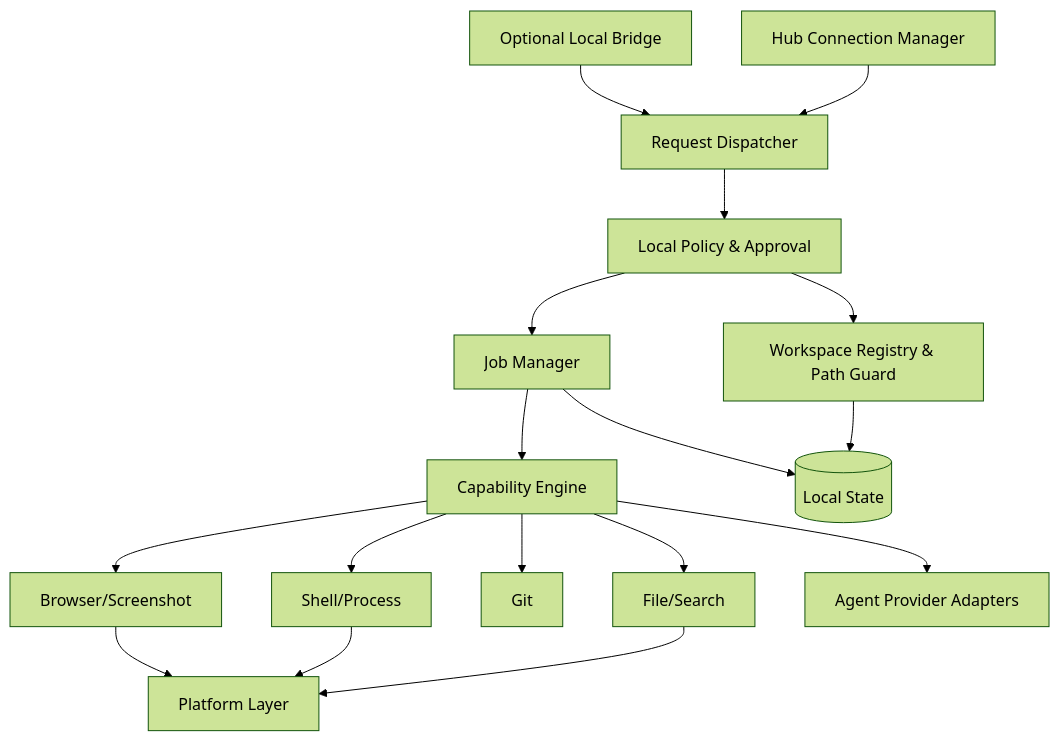
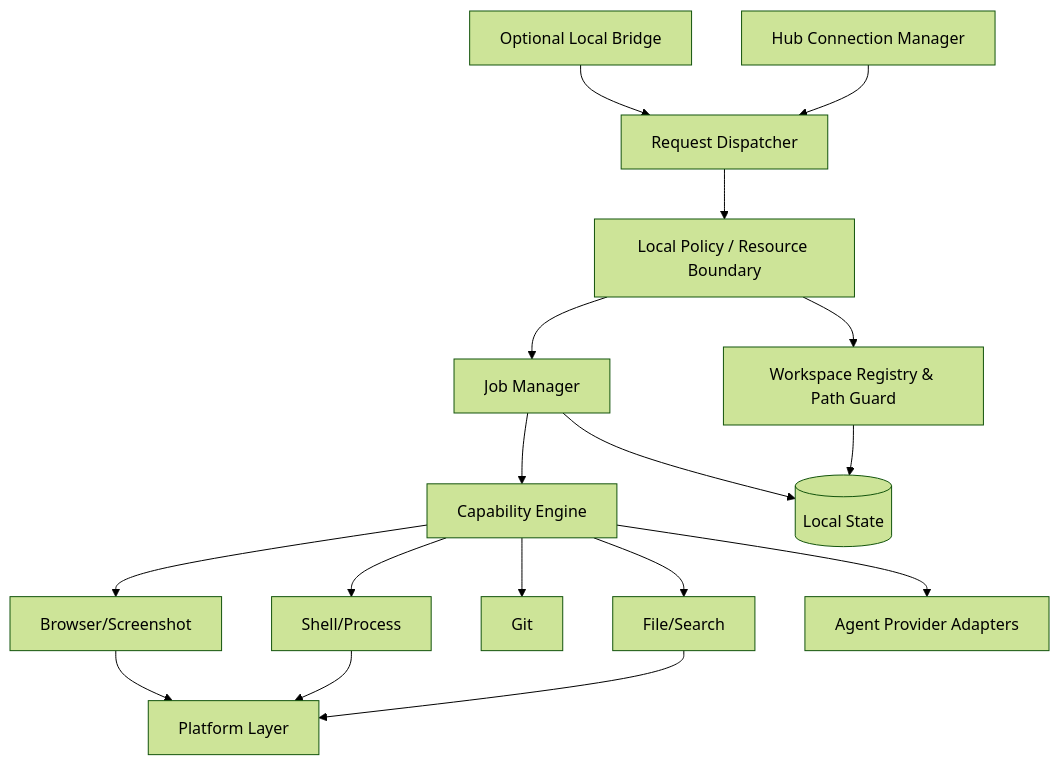
One commit to isguang2024/fast-spider changed the fifth of 6 diagrams in docs/02-system-architecture.md. Above: the diagram before and after it, drawn with Mermaid (forest theme). The commit also changed other lines of this file and 35 other files, not shown here.

````diff
--- a/docs/02-system-architecture.md
+++ b/docs/02-system-architecture.md
@@ -152,34 +152,34 @@
 ```mermaid
 flowchart TB
     CONN[Hub Connection Manager]
     LOCAL[Optional Local Bridge]
     DISPATCH[Request Dispatcher]
-    POLICY[Local Policy & Approval]
+    POLICY[Local Policy / Resource Boundary]
     WS[Workspace Registry & Path Guard]
     JOB[Job Manager]
     CAP[Capability Engine]
     FILE[File/Search]
     SHELL[Shell/Process]
     GIT[Git]
     BROWSER[Browser/Screenshot]
     AGENT[Agent Provider Adapters]
     PLATFORM[Platform Layer]
     STATE[(Local State)]
 
     CONN --> DISPATCH
     LOCAL --> DISPATCH
     DISPATCH --> POLICY
     POLICY --> WS
     POLICY --> JOB
     JOB --> CAP
     CAP --> FILE
     CAP --> SHELL
     CAP --> GIT
     CAP --> BROWSER
     CAP --> AGENT
     FILE --> PLATFORM
     SHELL --> PLATFORM
     BROWSER --> PLATFORM
     WS --> STATE
     JOB --> STATE
 ```
````
